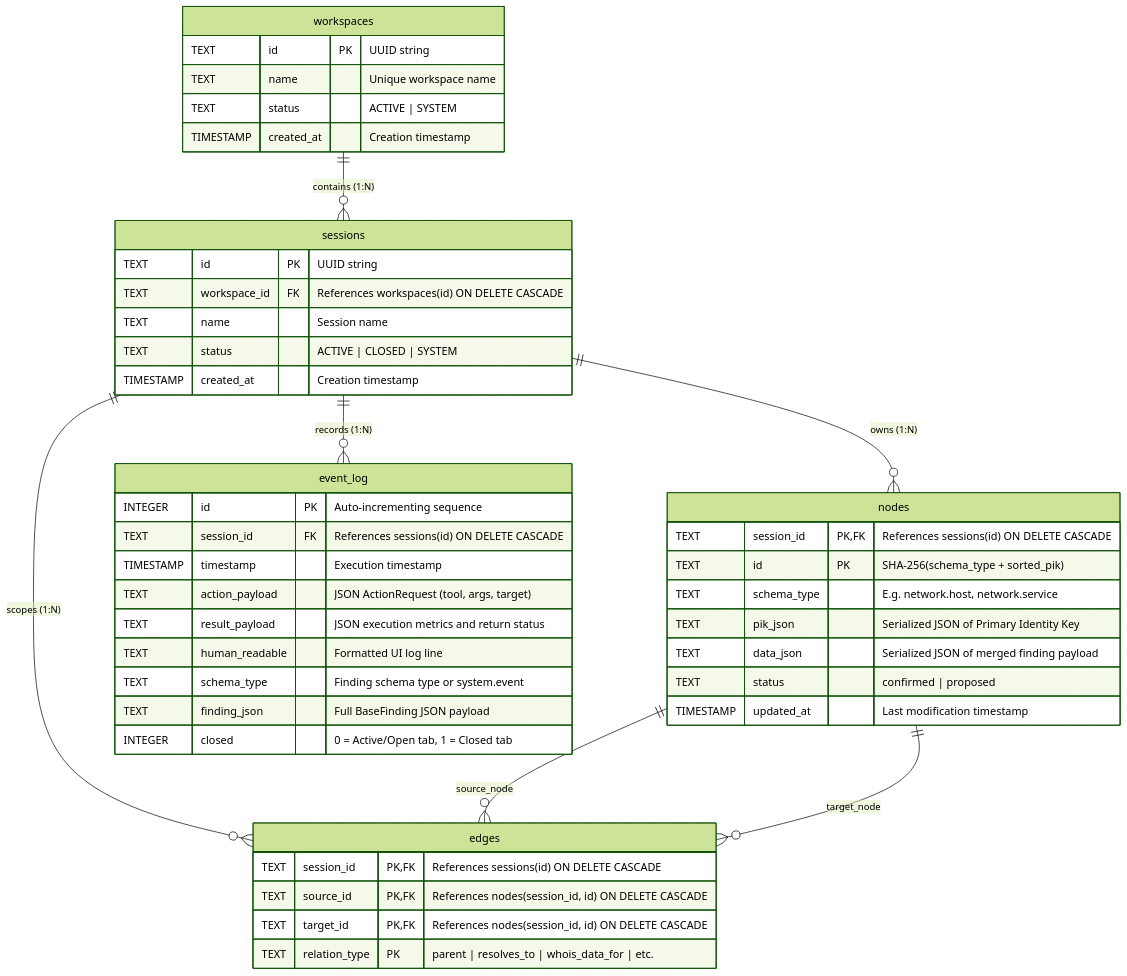
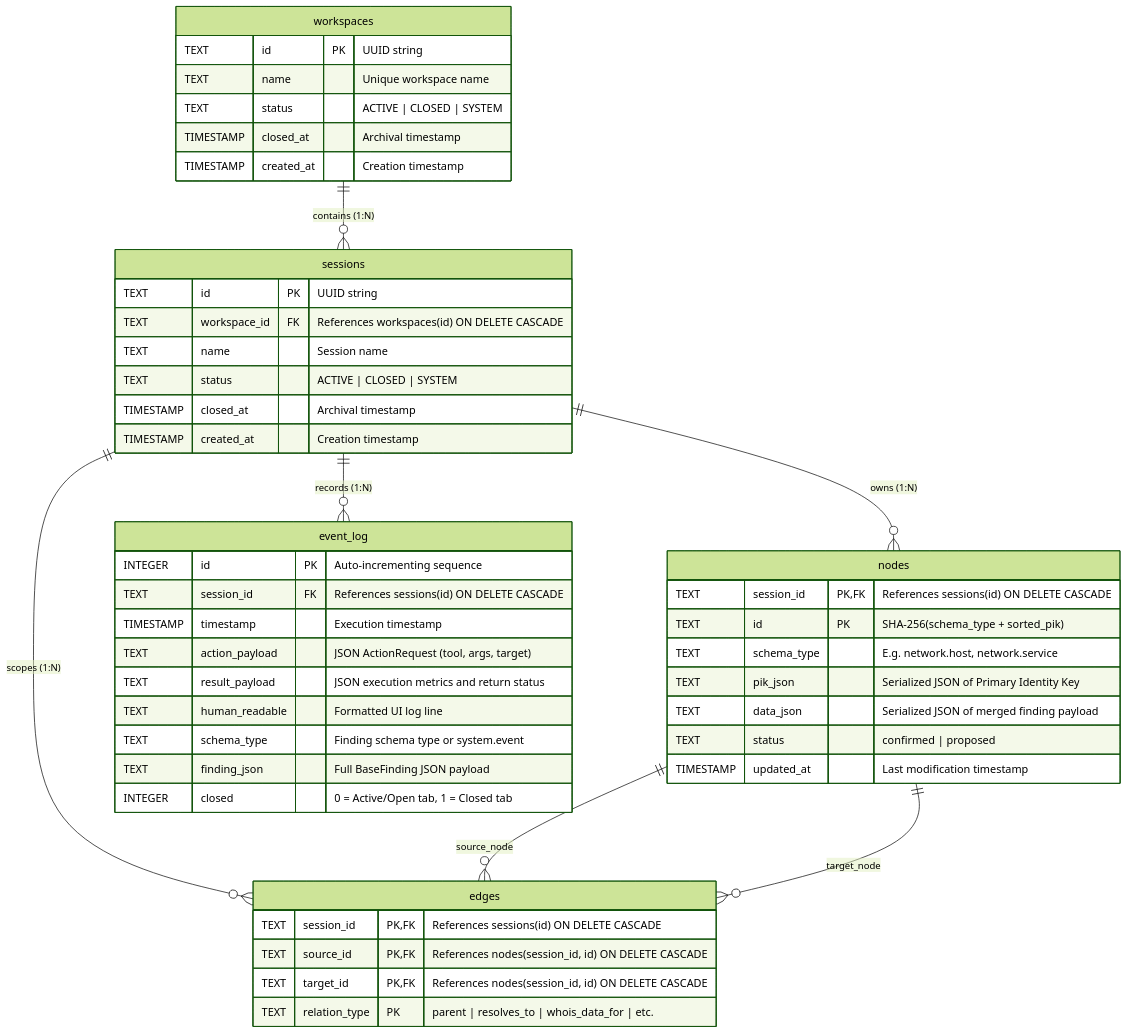
One commit to h45sh/cyguide changed the first of 3 diagrams in docs/developer/DATABASE.md. Above: the diagram before and after it, drawn with Mermaid (forest theme). The commit also changed other lines of this file and 67 other files, not shown here.

````diff
--- a/docs/developer/DATABASE.md
+++ b/docs/developer/DATABASE.md
@@ -64,53 +66,55 @@
 ```mermaid
 erDiagram
     workspaces ||--o{ sessions : "contains (1:N)"
     sessions ||--o{ nodes : "owns (1:N)"
     sessions ||--o{ edges : "scopes (1:N)"
     sessions ||--o{ event_log : "records (1:N)"
     nodes ||--o{ edges : "source_node"
     nodes ||--o{ edges : "target_node"
 
     workspaces {
         TEXT id PK "UUID string"
         TEXT name "Unique workspace name"
-        TEXT status "ACTIVE | SYSTEM"
+        TEXT status "ACTIVE | CLOSED | SYSTEM"
+        TIMESTAMP closed_at "Archival timestamp"
         TIMESTAMP created_at "Creation timestamp"
     }
 
     sessions {
         TEXT id PK "UUID string"
         TEXT workspace_id FK "References workspaces(id) ON DELETE CASCADE"
         TEXT name "Session name"
         TEXT status "ACTIVE | CLOSED | SYSTEM"
+        TIMESTAMP closed_at "Archival timestamp"
         TIMESTAMP created_at "Creation timestamp"
     }
 
     nodes {
         TEXT session_id PK,FK "References sessions(id) ON DELETE CASCADE"
         TEXT id PK "SHA-256(schema_type + sorted_pik)"
         TEXT schema_type "E.g. network.host, network.service"
         TEXT pik_json "Serialized JSON of Primary Identity Key"
         TEXT data_json "Serialized JSON of merged finding payload"
         TEXT status "confirmed | proposed"
         TIMESTAMP updated_at "Last modification timestamp"
     }
 
     edges {
         TEXT session_id PK,FK "References sessions(id) ON DELETE CASCADE"
         TEXT source_id PK,FK "References nodes(session_id, id) ON DELETE CASCADE"
         TEXT target_id PK,FK "References nodes(session_id, id) ON DELETE CASCADE"
         TEXT relation_type PK "parent | resolves_to | whois_data_for | etc."
     }
 
     event_log {
         INTEGER id PK "Auto-incrementing sequence"
         TEXT session_id FK "References sessions(id) ON DELETE CASCADE"
         TIMESTAMP timestamp "Execution timestamp"
         TEXT action_payload "JSON ActionRequest (tool, args, target)"
         TEXT result_payload "JSON execution metrics and return status"
         TEXT human_readable "Formatted UI log line"
         TEXT schema_type "Finding schema type or system.event"
         TEXT finding_json "Full BaseFinding JSON payload"
         INTEGER closed "0 = Active/Open tab, 1 = Closed tab"
     }
 ```
````
